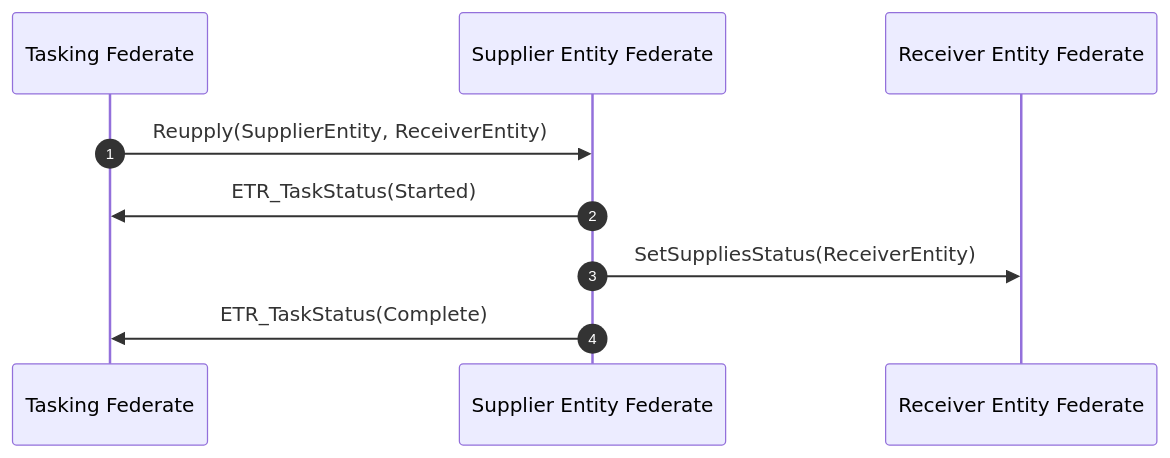
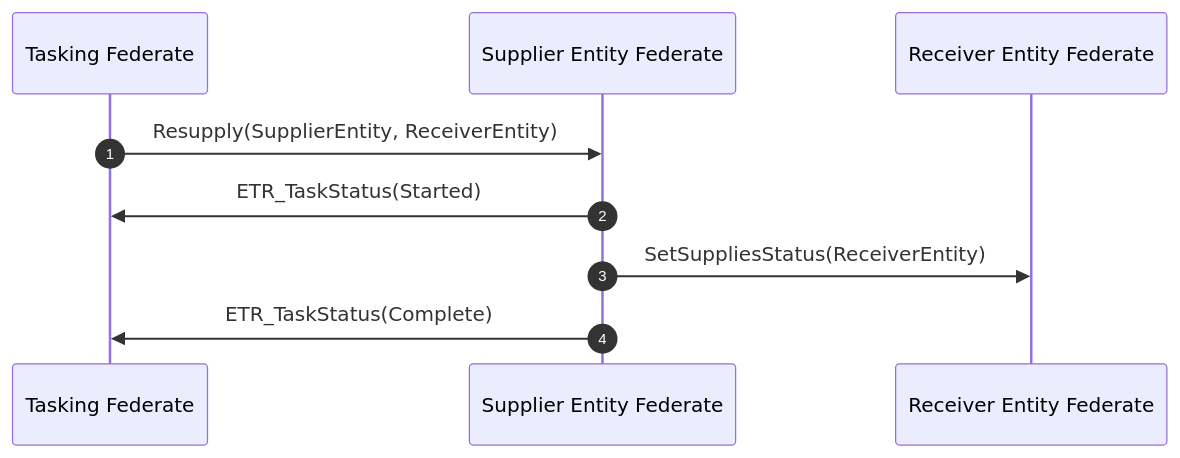
The third of 7 diagrams in modules/NETN-LOG/NETN-LOG.md (AMSP-04/NETN-FOM), drawn with Mermaid before and after one commit. The commit also changed other lines of this file, not shown here.

````diff
--- a/modules/NETN-LOG/NETN-LOG.md
+++ b/modules/NETN-LOG/NETN-LOG.md
@@ -83,9 +83,9 @@
 ```mermaid
 sequenceDiagram
 autonumber
-Tasking Federate->>Supplier Entity Federate: Reupply(SupplierEntity, ReceiverEntity)
+Tasking Federate->>Supplier Entity Federate: Resupply(SupplierEntity, ReceiverEntity)
 Supplier Entity Federate->>Tasking Federate: ETR_TaskStatus(Started)
 Supplier Entity Federate->>Receiver Entity Federate: SetSuppliesStatus(ReceiverEntity)
 Supplier Entity Federate->>Tasking Federate: ETR_TaskStatus(Complete)
 
 ```
````
